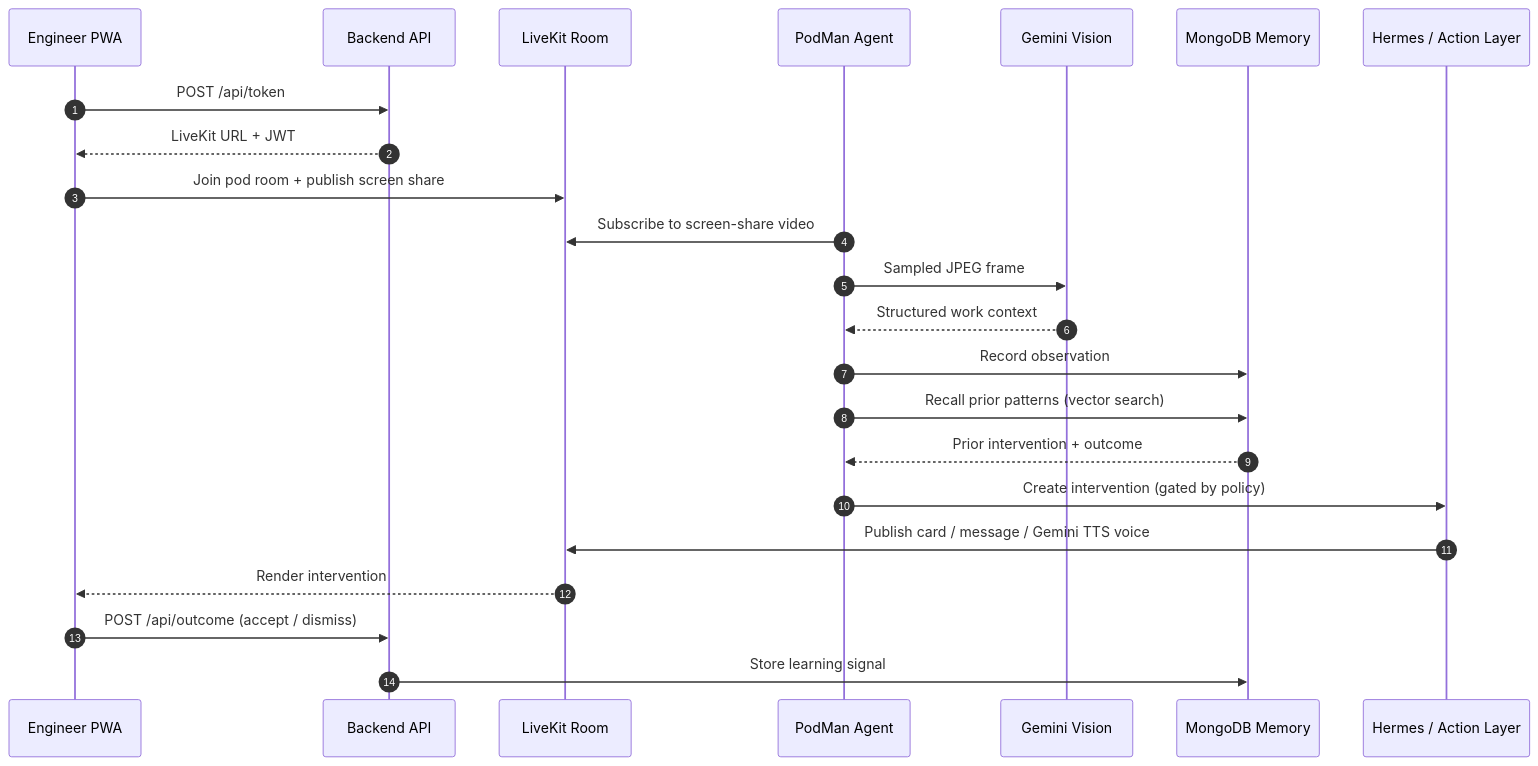
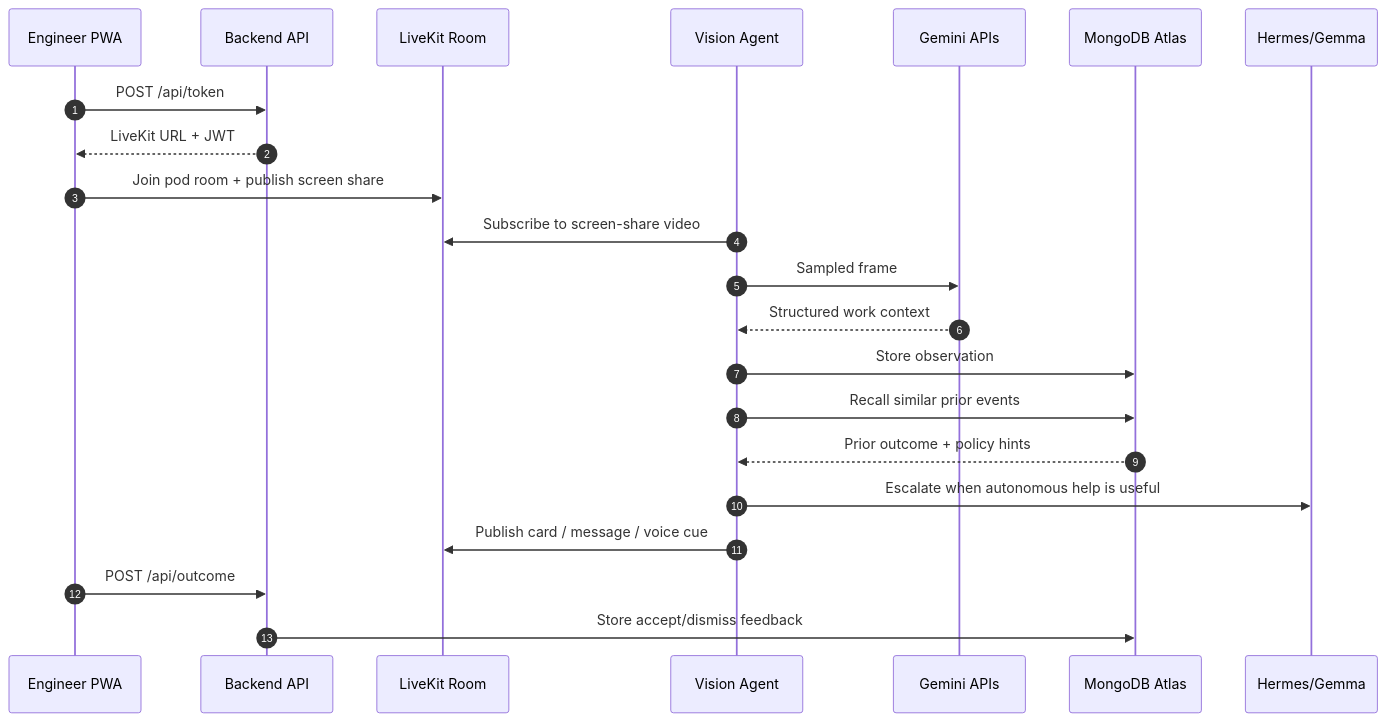
One commit to karti-ai/podman changed the fourth of 6 diagrams in README.md. Above: the diagram before and after it, drawn with Mermaid. The commit also changed other lines of this file and 23 other files, not shown here.

````diff
--- a/README.md
+++ b/README.md
@@ -194,26 +262,25 @@
 ```mermaid
 sequenceDiagram
   autonumber
   participant Dev as Engineer PWA
   participant API as Backend API
   participant LK as LiveKit Room
-  participant Agent as PodMan Agent
-  participant Gemini as Gemini Vision
-  participant Mongo as MongoDB Memory
-  participant Hermes as Hermes / Action Layer
+  participant Agent as Vision Agent
+  participant Gemini as Gemini APIs
+  participant Mongo as MongoDB Atlas
+  participant Hermes as Hermes/Gemma
 
   Dev->>API: POST /api/token
   API-->>Dev: LiveKit URL + JWT
   Dev->>LK: Join pod room + publish screen share
   Agent->>LK: Subscribe to screen-share video
-  Agent->>Gemini: Sampled JPEG frame
+  Agent->>Gemini: Sampled frame
   Gemini-->>Agent: Structured work context
-  Agent->>Mongo: Record observation
-  Agent->>Mongo: Recall prior patterns (vector search)
-  Mongo-->>Agent: Prior intervention + outcome
-  Agent->>Hermes: Create intervention (gated by policy)
-  Hermes->>LK: Publish card / message / Gemini TTS voice
-  LK-->>Dev: Render intervention
-  Dev->>API: POST /api/outcome (accept / dismiss)
-  API->>Mongo: Store learning signal
+  Agent->>Mongo: Store observation
+  Agent->>Mongo: Recall similar prior events
+  Mongo-->>Agent: Prior outcome + policy hints
+  Agent->>Hermes: Escalate when autonomous help is useful
+  Agent->>LK: Publish card / message / voice cue
+  Dev->>API: POST /api/outcome
+  API->>Mongo: Store accept/dismiss feedback
 ```
````
